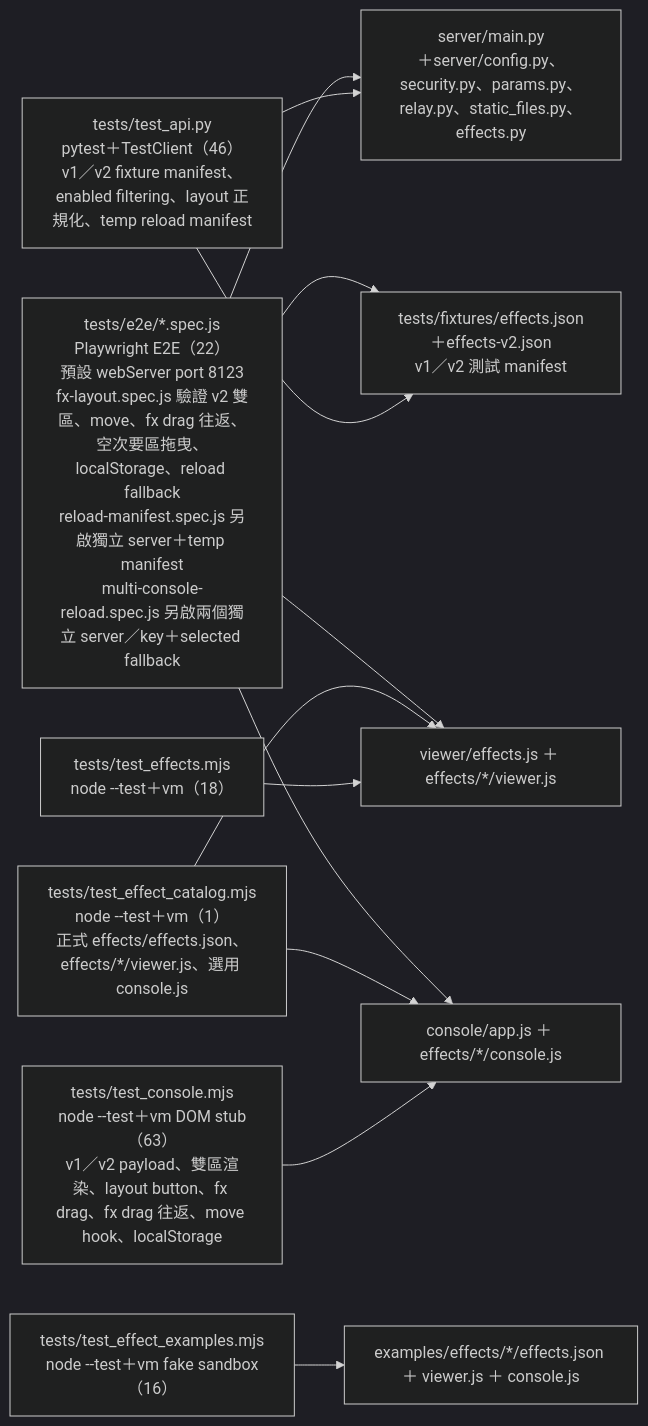
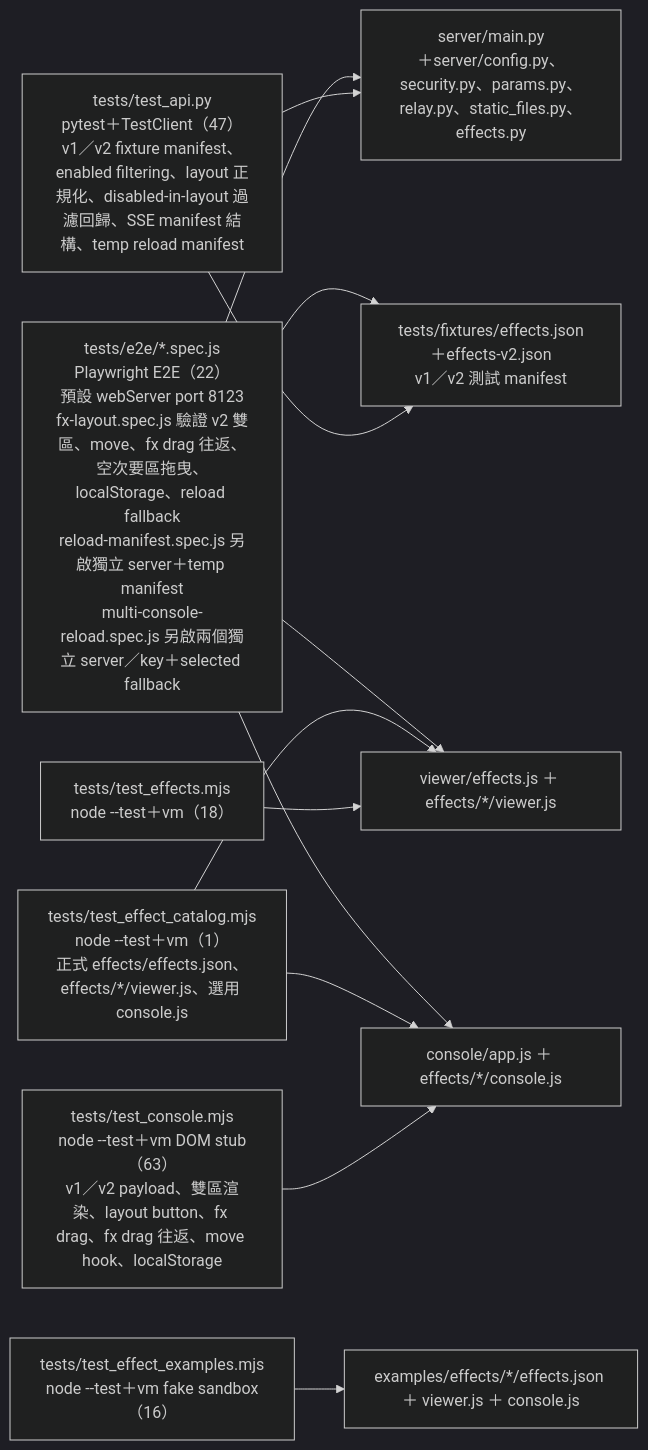
The sixth of 6 diagrams in docs/agents/CALL_GRAPH.md (zivngit/Real-time-Interaction-html), drawn with Mermaid (dark theme) before and after one commit. The commit also changed other lines of this file and 4 other files, not shown here.

Commit message:
feat(effects): v2 layout 中 disabled ID 改為正規化過濾與警告

````diff
--- a/docs/agents/CALL_GRAPH.md
+++ b/docs/agents/CALL_GRAPH.md
@@ -314,15 +314,15 @@
 ```mermaid
 flowchart LR
     TF["tests/fixtures/effects.json＋effects-v2.json<br/>v1／v2 測試 manifest"]
-    TA["tests/test_api.py<br/>pytest＋TestClient（46）<br/>v1／v2 fixture manifest、enabled filtering、layout 正規化、temp reload manifest"] --> M["server/main.py<br/>＋server/config.py、security.py、params.py、relay.py、static_files.py、effects.py"]
+    TA["tests/test_api.py<br/>pytest＋TestClient（47）<br/>v1／v2 fixture manifest、enabled filtering、layout 正規化、disabled-in-layout 過濾回歸、SSE manifest 結構、temp reload manifest"] --> M["server/main.py<br/>＋server/config.py、security.py、params.py、relay.py、static_files.py、effects.py"]
     TA --> TF
     TE["tests/test_effects.mjs<br/>node --test＋vm（18）"] --> S["viewer/effects.js ＋ effects/*/viewer.js"]
     TC["tests/test_console.mjs<br/>node --test＋vm DOM stub（63）<br/>v1／v2 payload、雙區渲染、layout button、fx drag、fx drag 往返、move hook、localStorage"] --> K["console/app.js ＋ effects/*/console.js"]
     TX["tests/test_effect_examples.mjs<br/>node --test＋vm fake sandbox（16）"] --> X["examples/effects/*/effects.json ＋ viewer.js ＋ console.js"]
     TG["tests/test_effect_catalog.mjs<br/>node --test＋vm（1）<br/>正式 effects/effects.json、effects/*/viewer.js、選用 console.js"] --> S
     TG --> K
     TP["tests/e2e/*.spec.js<br/>Playwright E2E（22）<br/>預設 webServer port 8123<br/>fx-layout.spec.js 驗證 v2 雙區、move、fx drag 往返、空次要區拖曳、localStorage、reload fallback<br/>reload-manifest.spec.js 另啟獨立 server＋temp manifest<br/>multi-console-reload.spec.js 另啟兩個獨立 server／key＋selected fallback"] --> M
     TP --> K
     TP --> S
     TP --> TF
 ```
````
